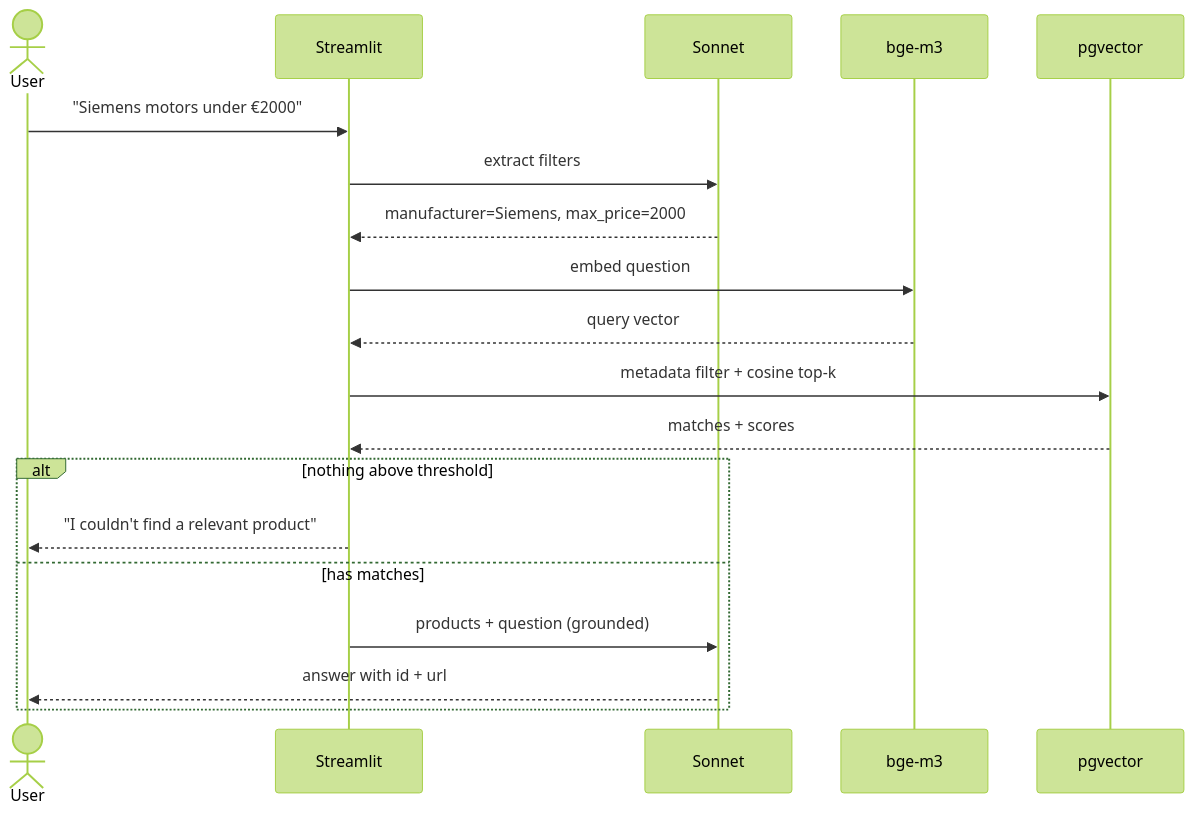
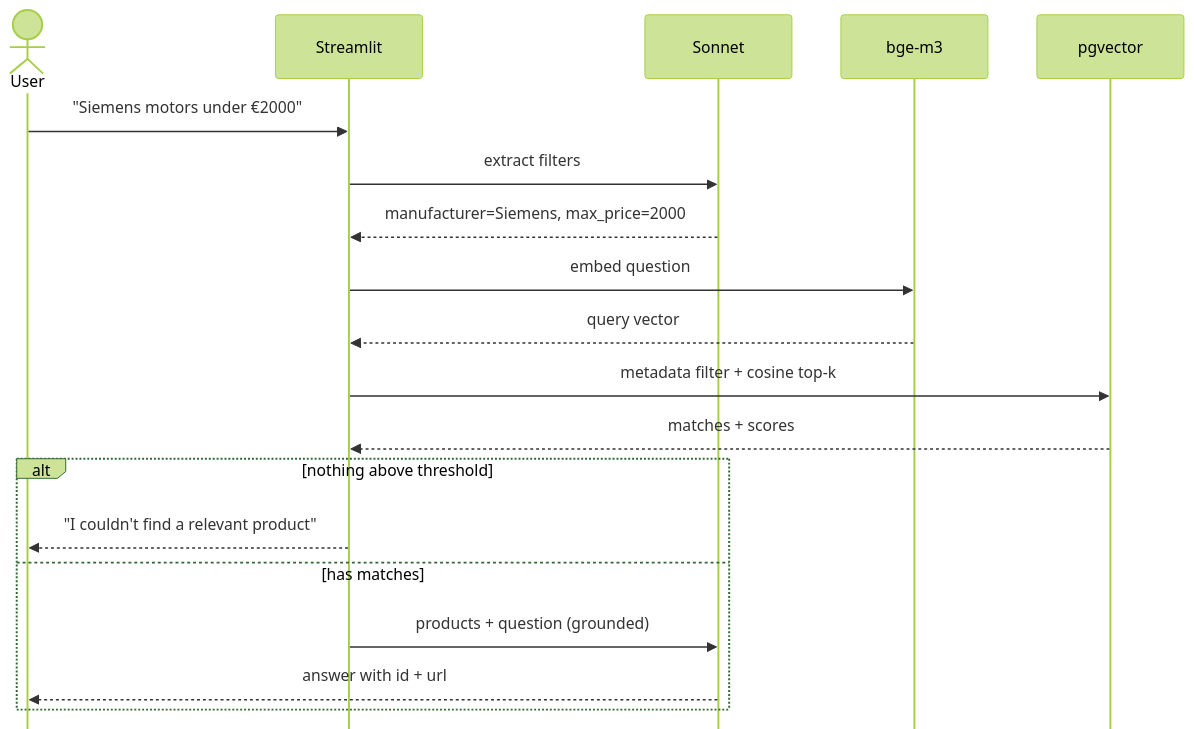
Before and after one commit to utkucatal/industrial-rag: the second of 2 diagrams in README.md, drawn with Mermaid (forest theme).

````diff
--- a/README.md
+++ b/README.md
@@ -68,22 +68,23 @@
 ```mermaid
+%%{init: {'sequence': {'mirrorActors': false}}}%%
 sequenceDiagram
     actor U as User
     participant App as Streamlit
     participant LLM as Sonnet
     participant Emb as bge-m3
     participant DB as pgvector
 
     U->>App: "Siemens motors under €2000"
     App->>LLM: extract filters
     LLM-->>App: manufacturer=Siemens, max_price=2000
     App->>Emb: embed question
     Emb-->>App: query vector
     App->>DB: metadata filter + cosine top-k
     DB-->>App: matches + scores
     alt nothing above threshold
         App-->>U: "I couldn't find a relevant product"
     else has matches
         App->>LLM: products + question (grounded)
         LLM-->>U: answer with id + url
     end
 ```
````
